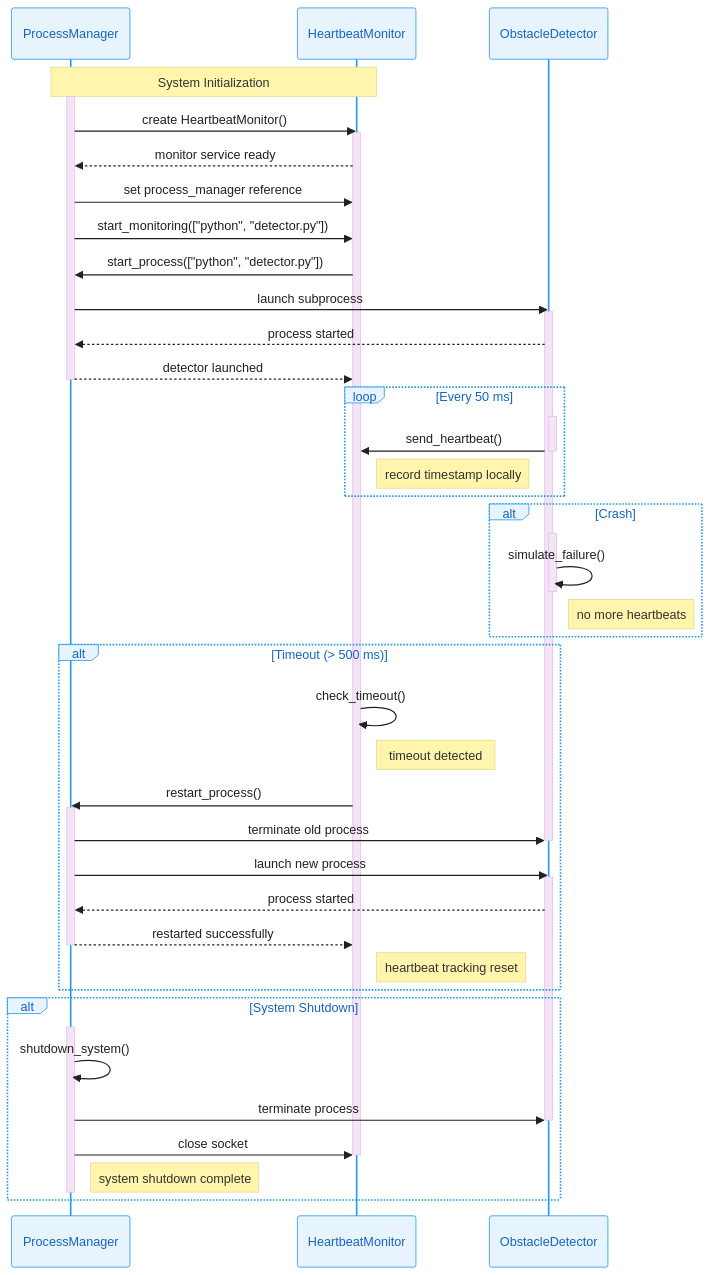
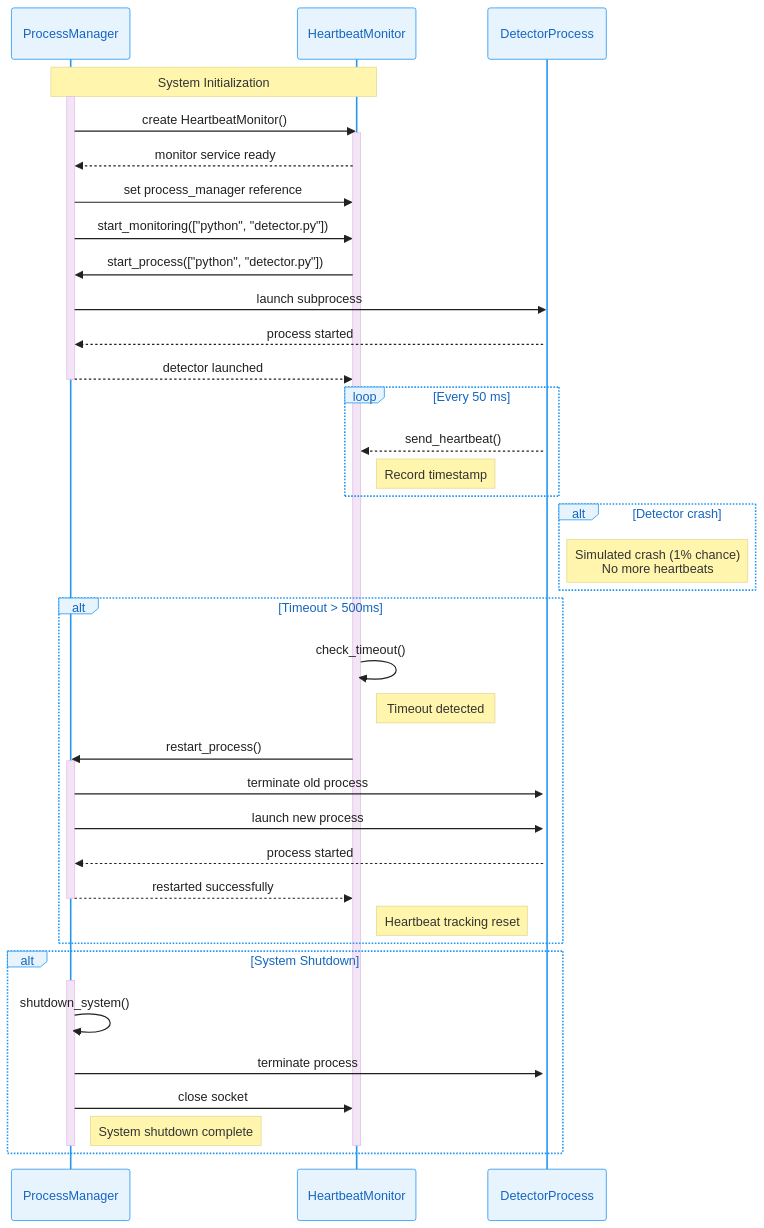
Before and after one commit to ajbarea/heartbeat-obstacle-detector: the second of 2 diagrams in docs/software_architecture.md, drawn with Mermaid.

Commit message:
docs: update sequence diagram in software_architecture.md
- Polished Mermaid sequence diagram
- Improved participant naming for clarity
- Reorganized alt/loop blocks to match system behavior e.g. timeout, crash, shutdown
- Removed ambiguous self-calls
- Added explanatory notes to align with heartbeat-based fault detection architecture

````diff
--- a/docs/software_architecture.md
+++ b/docs/software_architecture.md
@@ -96,61 +96,54 @@
 ```mermaid
 %%{init: {"theme": "base", "themeVariables": {"primaryColor": "#E8F4FD", "primaryBorderColor": "#2196F3", "primaryTextColor": "#1565C0", "secondaryColor": "#F3E5F5", "secondaryBorderColor": "#9C27B0", "secondaryTextColor": "#6A1B9A", "tertiaryColor": "#E8F5E8", "tertiaryBorderColor": "#4CAF50", "tertiaryTextColor": "#2E7D32", "lineColor": "#424242", "background": "#FAFAFA", "textColor": "#212121", "nodeTextColor": "#1565C0", "edgeLabelBackground": "#FFFFFF", "clusterBkg": "#F5F5F5", "clusterBorder": "#BDBDBD", "fillType0": "#E3F2FD", "fillType1": "#F3E5F5", "fillType2": "#E8F5E8", "fillType3": "#FFF3E0", "fillType4": "#FCE4EC", "fillType5": "#F1F8E9", "fillType6": "#E0F2F1", "fillType7": "#FFF8E1"}}}%%
 sequenceDiagram
     participant P as ProcessManager
     participant M as HeartbeatMonitor
-    participant W as ObstacleDetector
+    participant D as DetectorProcess
 
     Note over P,M: System Initialization
     activate P
     P->>M: create HeartbeatMonitor()
     activate M
     M-->>P: monitor service ready
     P->>M: set process_manager reference
     P->>M: start_monitoring(["python", "detector.py"])
     M->>P: start_process(["python", "detector.py"])
-    P->>W: launch subprocess
-    activate W
-    W-->>P: process started
+    P->>D: launch subprocess
+    activate D
+    D-->>P: process started
     P-->>M: detector launched
     deactivate P
 
     loop Every 50 ms
-        activate W
-        W->>M: send_heartbeat()
-        deactivate W
-        Note right of M: record timestamp locally
+        D-->>M: send_heartbeat()
+        Note right of M: Record timestamp
     end
 
-    alt Crash
-        activate W
-        W->>W: simulate_failure()
-        deactivate W
-        Note right of W: no more heartbeats
+    alt Detector crash
+        Note right of D: Simulated crash (1% chance)<br>No more heartbeats
     end
 
-    alt Timeout (> 500 ms)
+    alt Timeout > 500ms
         M->>M: check_timeout()
-        Note right of M: timeout detected
+        Note right of M: Timeout detected
         M->>P: restart_process()
         activate P
-        P->>W: terminate old process
-        deactivate W
-        P->>W: launch new process
-        activate W
-        W-->>P: process started
+        P->>D: terminate old process
+        P->>D: launch new process
+        activate D
+        D-->>P: process started
         P-->>M: restarted successfully
         deactivate P
-        Note right of M: heartbeat tracking reset
+        Note right of M: Heartbeat tracking reset
     end
 
     alt System Shutdown
         activate P
         P->>P: shutdown_system()
-        P->>W: terminate process
-        deactivate W
+        P->>D: terminate process
         P->>M: close socket
+        Note right of P: System shutdown complete
         deactivate M
-        Note right of P: system shutdown complete
         deactivate P
     end
 ```
````
